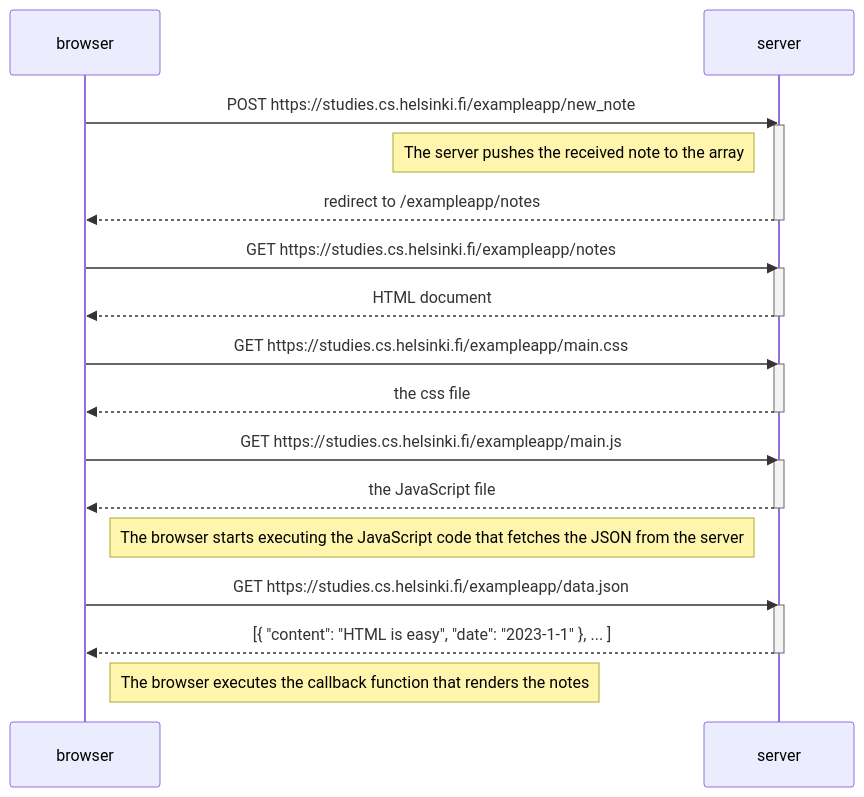
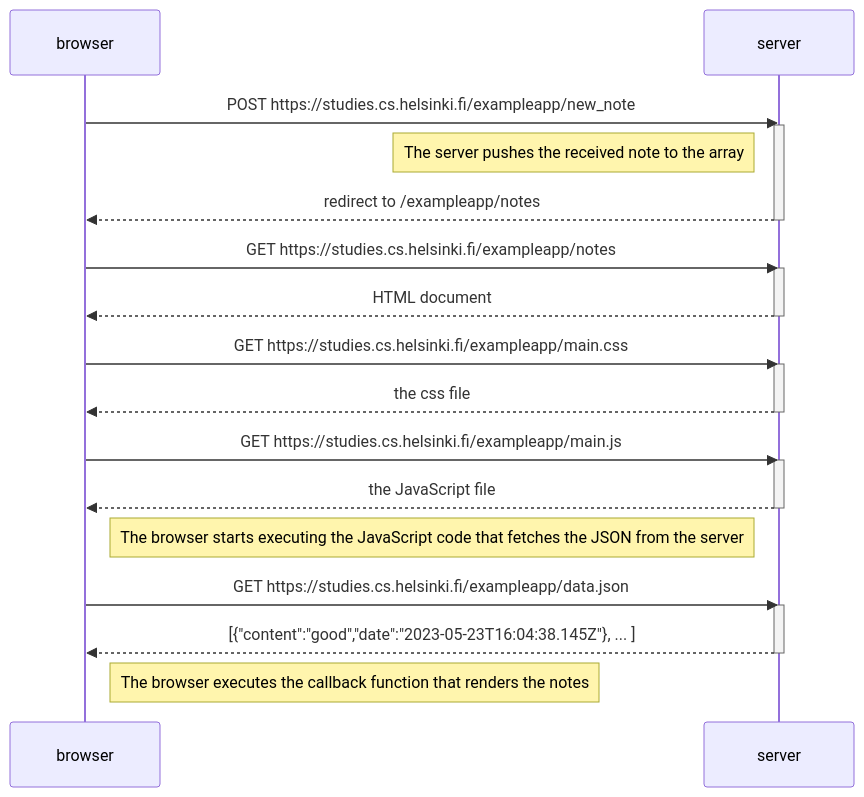
Before and after one commit to Confucii/fullstack-open: the diagram in part0/0_4.md, drawn with Mermaid.

````diff
--- a/part0/0_4.md
+++ b/part0/0_4.md
@@ -1,35 +1,35 @@
 ```mermaid
 sequenceDiagram
     participant browser
     participant server
 
     browser->>server: POST https://studies.cs.helsinki.fi/exampleapp/new_note
     activate server
     Note left of server: The server pushes the received note to the array
     server-->>browser: redirect to /exampleapp/notes
     deactivate server
 
     browser->>server: GET https://studies.cs.helsinki.fi/exampleapp/notes
     activate server
     server-->>browser: HTML document
     deactivate server
 
     browser->>server: GET https://studies.cs.helsinki.fi/exampleapp/main.css
     activate server
     server-->>browser: the css file
     deactivate server
 
     browser->>server: GET https://studies.cs.helsinki.fi/exampleapp/main.js
     activate server
     server-->>browser: the JavaScript file
     deactivate server
 
     Note right of browser: The browser starts executing the JavaScript code that fetches the JSON from the server
 
     browser->>server: GET https://studies.cs.helsinki.fi/exampleapp/data.json
     activate server
-    server-->>browser: [{ "content": "HTML is easy", "date": "2023-1-1" }, ... ]
+    server-->>browser: [{"content":"good","date":"2023-05-23T16:04:38.145Z"}, ... ]
     deactivate server
 
     Note right of browser: The browser executes the callback function that renders the notes
 ```
````
